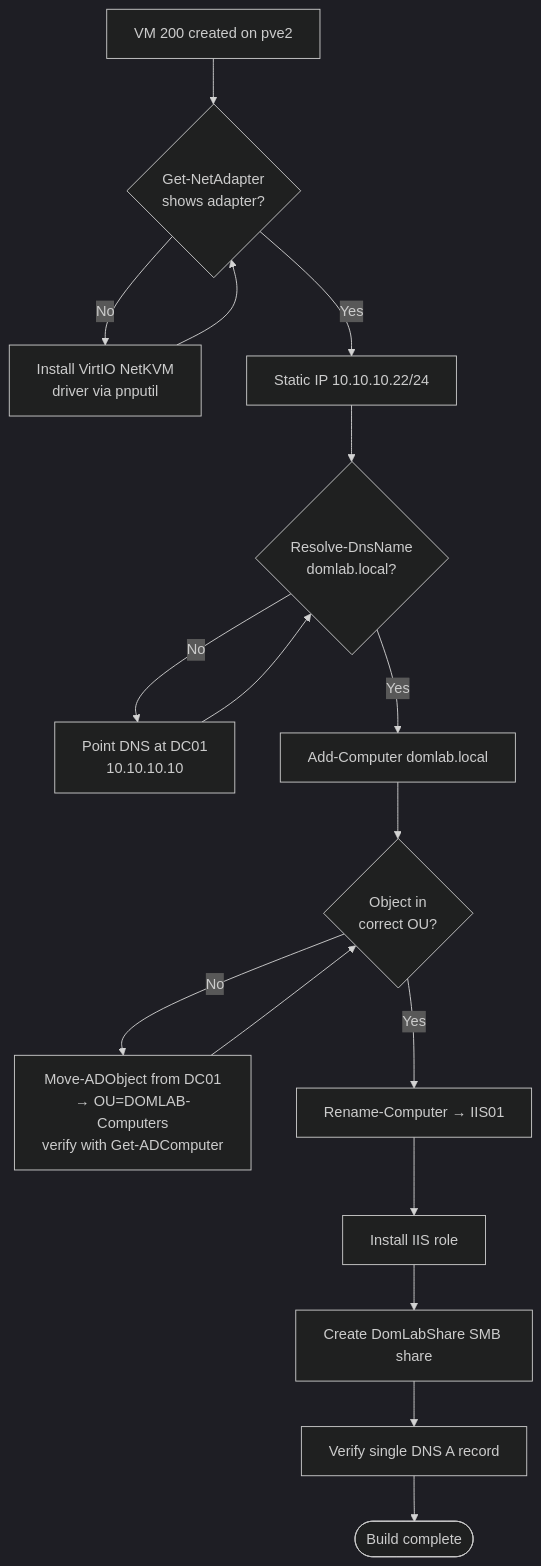
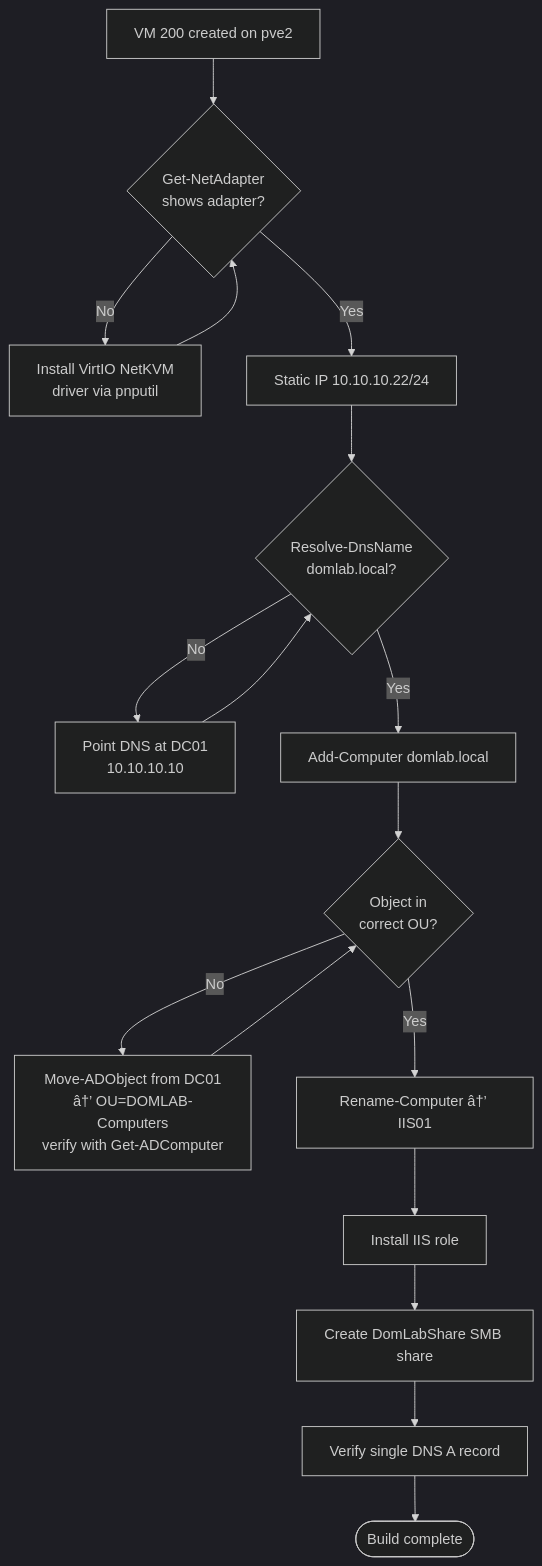
The second of 2 diagrams in README.md (Justdomi/domlab-ad-provisioning), drawn with Mermaid (dark theme) before and after one commit. The commit also changed other lines of this file, not shown here.

````diff
--- a/README.md
+++ b/README.md
@@ -50,16 +50,16 @@
 ```mermaid
 flowchart TD
     A[VM 200 created on pve2] --> B{Get-NetAdapter<br/>shows adapter?}
     B -- No --> B1[Install VirtIO NetKVM<br/>driver via pnputil] --> B
     B -- Yes --> C[Static IP 10.10.10.22/24]
     C --> D{Resolve-DnsName<br/>domlab.local?}
     D -- No --> D1[Point DNS at DC01<br/>10.10.10.10] --> D
     D -- Yes --> E[Add-Computer domlab.local]
     E --> F{Object in<br/>correct OU?}
-    F -- No --> F1[Move-ADObject from DC01<br/>→ OU=DOMLAB-Computers<br/>verify with Get-ADComputer] --> F
-    F -- Yes --> G[Rename-Computer → IIS01]
+    F -- No --> F1[Move-ADObject from DC01<br/>â†’ OU=DOMLAB-Computers<br/>verify with Get-ADComputer] --> F
+    F -- Yes --> G[Rename-Computer â†’ IIS01]
     G --> H[Install IIS role]
     H --> I[Create DomLabShare SMB share]
     I --> J[Verify single DNS A record]
     J --> K([Build complete])
 ```
````
